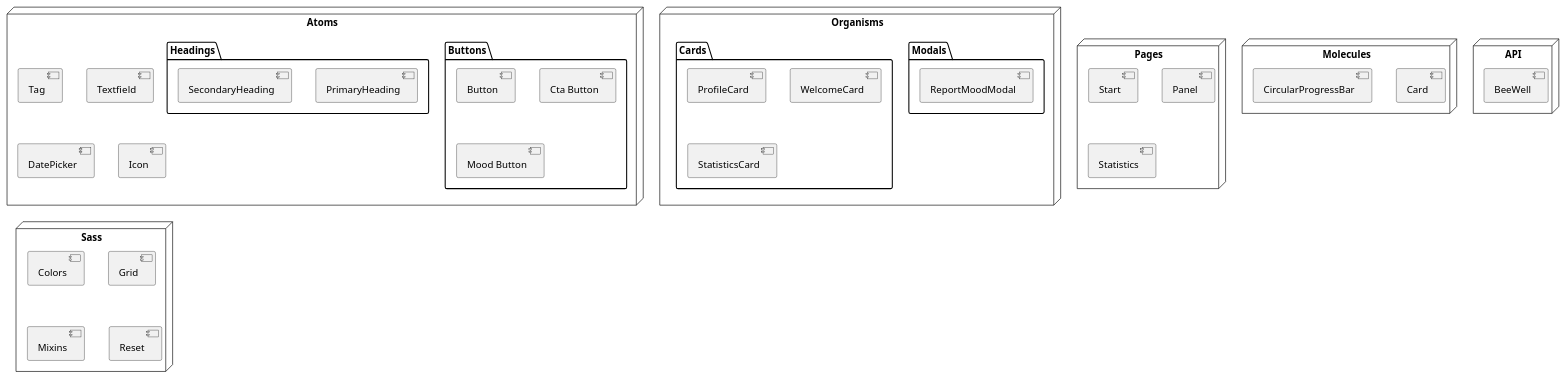
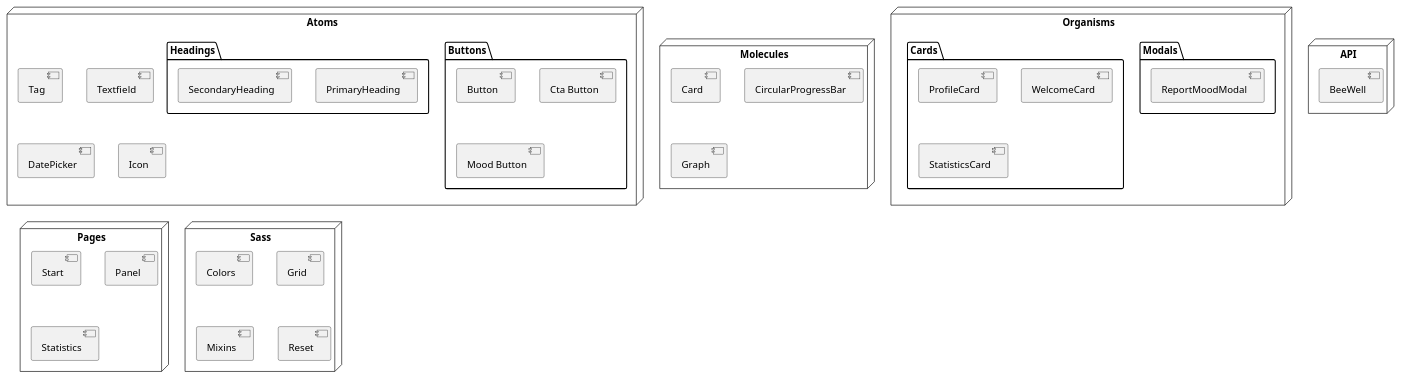
One commit to bee-well/docs changed the diagram in frontend_architecture.puml. Above: the diagram before and after it, drawn with PlantUML.

Commit message:
added graph as molecule to frontend architecture

```diff
--- a/frontend_architecture.puml
+++ b/frontend_architecture.puml
@@ -1,50 +1,51 @@
 @startuml
 node "Atoms" {
     package "Buttons" {
         [Button]
         [Cta Button]
         [Mood Button]
     }
     package "Headings" {
         [PrimaryHeading]
         [SecondaryHeading]
     }
     [Tag]
     [Textfield]
     [DatePicker]
     [Icon]
 }
 
 node "Molecules" {
     [Card]
     [CircularProgressBar]
+    [Graph]
 }
 
 node "Organisms" {
     package "Modals" {
         [ReportMoodModal]
     }
     package "Cards" {
         [ProfileCard]
         [WelcomeCard]
         [StatisticsCard]
     }
 }
 
 node "Pages" {
     [Start]
     [Panel]
     [Statistics]
 }
 
 node "Sass" {
     [Colors]
     [Grid]
     [Mixins]
     [Reset]
 }
 
 node "API" {
     [BeeWell]
 }
 @enduml
```
